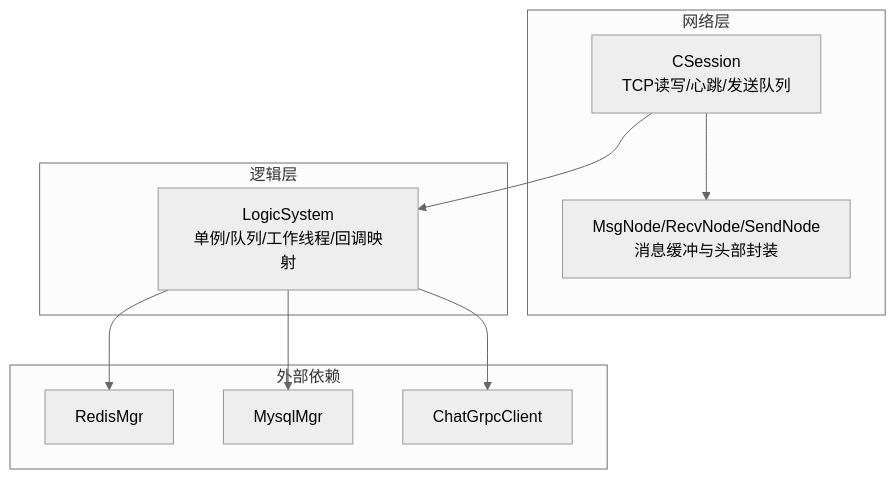
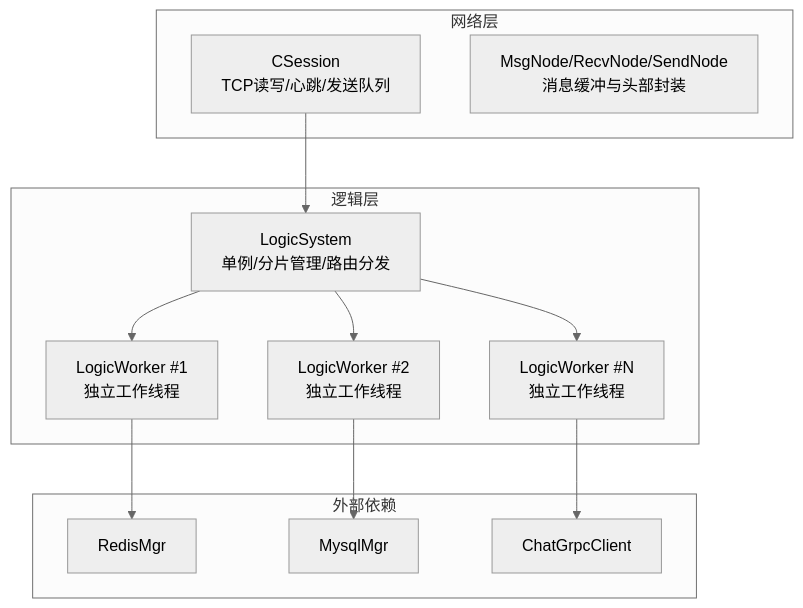
One commit to echo9923/mychatter changed the first of 7 diagrams in .qoder/repowiki/zh/content/服务端开发/ChatServer聊天核心服务/业务逻辑系统/消息路由系统.md. Above: the diagram before and after it, drawn with Mermaid (neutral theme). The commit also changed other lines of this file and 54 other files, not shown here.

````diff
--- a/.qoder/repowiki/zh/content/服务端开发/ChatServer聊天核心服务/业务逻辑系统/消息路由系统.md
+++ b/.qoder/repowiki/zh/content/服务端开发/ChatServer聊天核心服务/业务逻辑系统/消息路由系统.md
@@ -38,20 +54,25 @@
 ```mermaid
 graph TB
 subgraph "网络层"
 CS["CSession<br/>TCP读写/心跳/发送队列"]
 MN["MsgNode/RecvNode/SendNode<br/>消息缓冲与头部封装"]
 end
 subgraph "逻辑层"
-LS["LogicSystem<br/>单例/队列/工作线程/回调映射"]
+LS["LogicSystem<br/>单例/分片管理/路由分发"]
+LW1["LogicWorker #1<br/>独立工作线程"]
+LW2["LogicWorker #2<br/>独立工作线程"]
+LWN["LogicWorker #N<br/>独立工作线程"]
 end
 subgraph "外部依赖"
 RM["RedisMgr"]
 MM["MysqlMgr"]
 GC["ChatGrpcClient"]
 end
-CS --> MN
 CS --> LS
-LS --> RM
-LS --> MM
-LS --> GC
+LS --> LW1
+LS --> LW2
+LS --> LWN
+LW1 --> RM
+LW2 --> MM
+LWN --> GC
 ```
````
